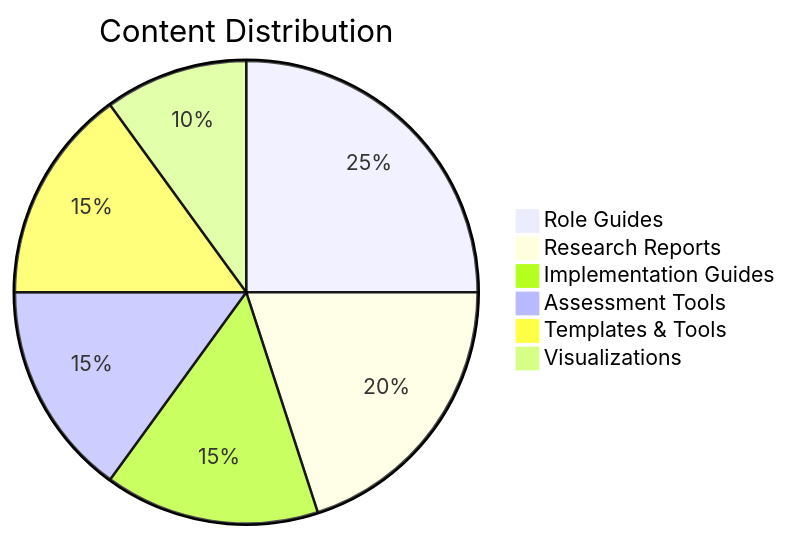
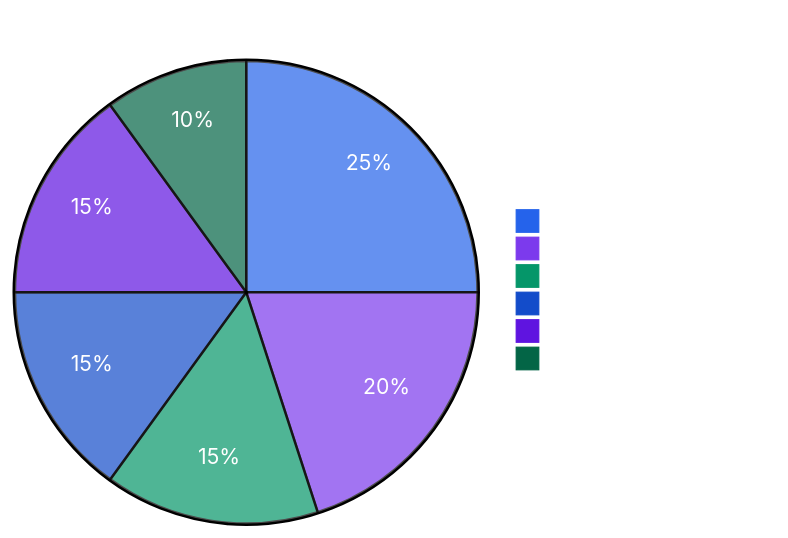
One commit to khaosans/articles changed the fourth of 4 diagrams in README.md. Above: the diagram before and after it, drawn with Mermaid. The commit also changed other lines of this file, not shown here.

````diff
--- a/README.md
+++ b/README.md
@@ -153,9 +224,10 @@
 ```mermaid
-pie title Content Distribution
+%%{init: {'theme': 'base', 'themeVariables': { 'fontSize': '14px', 'fontFamily': 'Segoe UI, Arial, sans-serif', 'primaryColor': '#2563eb', 'primaryTextColor': '#ffffff', 'primaryBorderColor': '#1e40af', 'lineColor': '#64748b', 'secondaryColor': '#7c3aed', 'tertiaryColor': '#059669'}}}%%
+pie title Content Distribution by Type
     "Role Guides" : 25
     "Research Reports" : 20
     "Implementation Guides" : 15
     "Assessment Tools" : 15
-    "Templates & Tools" : 15
+    "Templates and Tools" : 15
     "Visualizations" : 10
 ```
````
